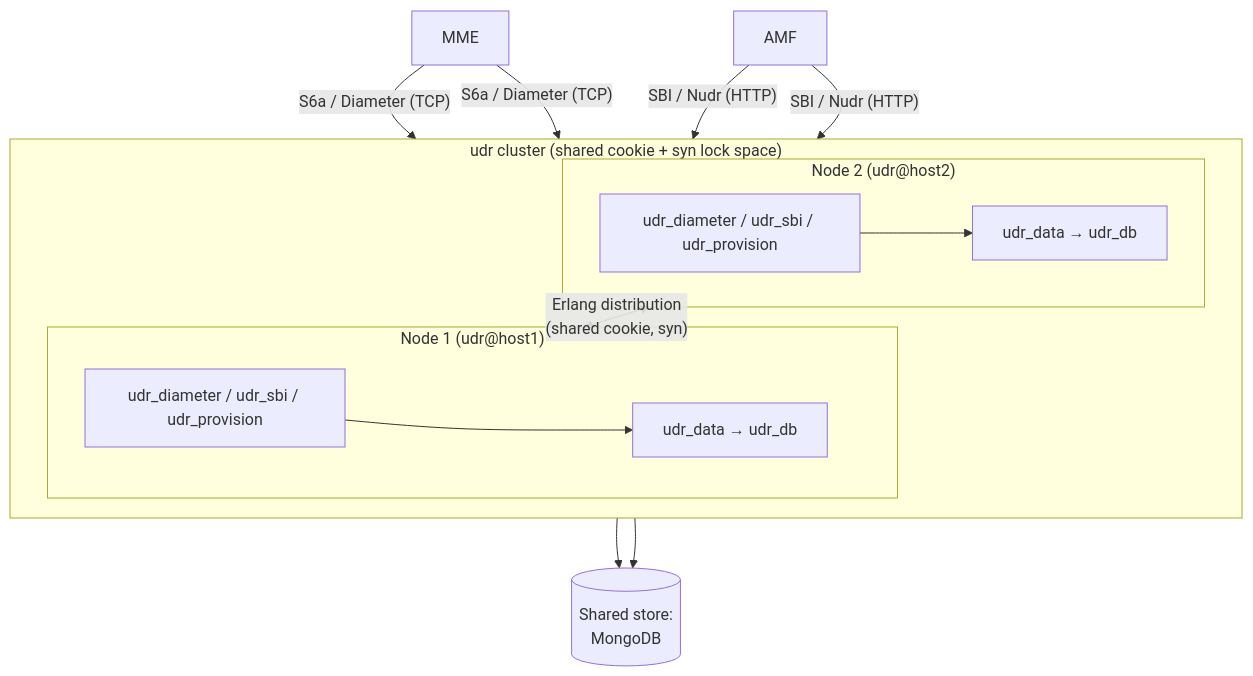
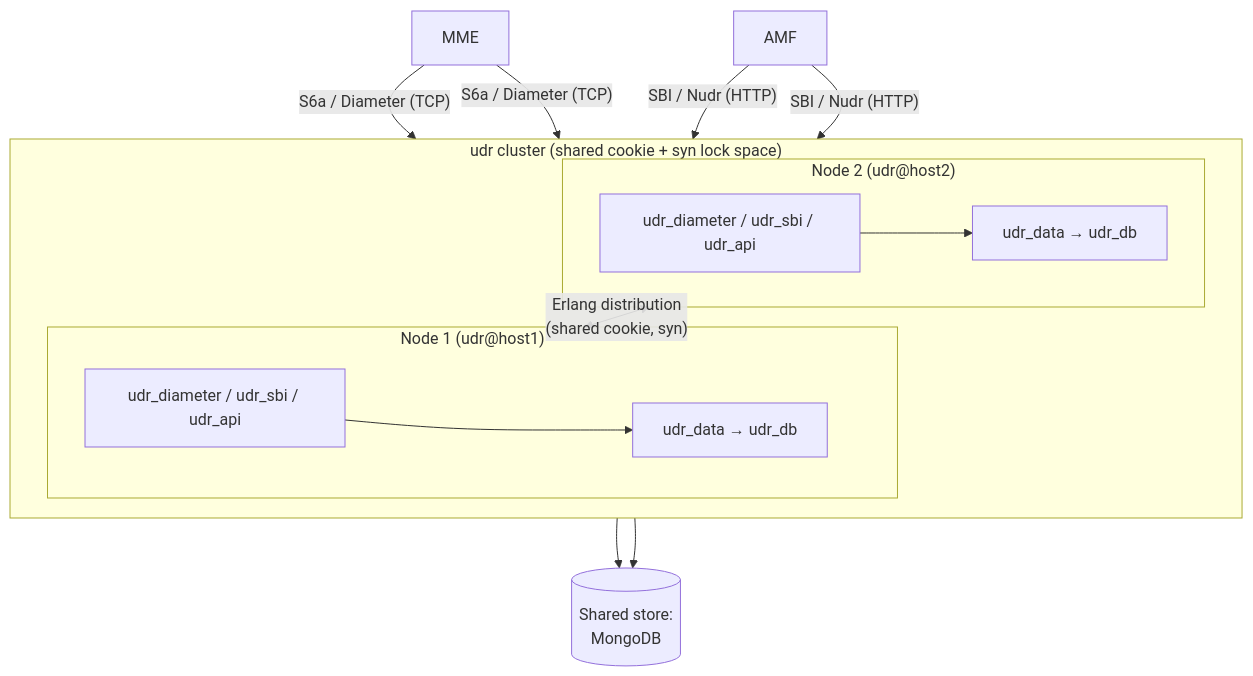
Before and after one commit to next-nf/udr: the second of 6 diagrams in docs/manual/diagrams/README.md, drawn with Mermaid. The commit also changed other lines of this file and 26 other files, not shown here.

First line of the commit message:
refactor(api): rename udr_provision app to udr_api

````diff
--- a/docs/manual/diagrams/README.md
+++ b/docs/manual/diagrams/README.md
@@ -76,27 +76,27 @@
 ```mermaid
 flowchart TB
     MME[MME]
     AMF[AMF]
     subgraph CLUSTER["udr cluster (shared cookie + syn lock space)"]
         direction LR
         subgraph N1["Node 1 (udr@host1)"]
-            L1["udr_diameter / udr_sbi / udr_provision"]
+            L1["udr_diameter / udr_sbi / udr_api"]
             D1["udr_data → udr_db"]
             L1 --> D1
         end
         subgraph N2["Node 2 (udr@host2)"]
-            L2["udr_diameter / udr_sbi / udr_provision"]
+            L2["udr_diameter / udr_sbi / udr_api"]
             D2["udr_data → udr_db"]
             L2 --> D2
         end
         N1 <-- "Erlang distribution<br/>(shared cookie, syn)" --> N2
     end
     STORE[("Shared store:<br/>MongoDB")]
 
     MME -- "S6a / Diameter (TCP)" --> L1
     MME -- "S6a / Diameter (TCP)" --> L2
     AMF -- "SBI / Nudr (HTTP)" --> L1
     AMF -- "SBI / Nudr (HTTP)" --> L2
     D1 --> STORE
     D2 --> STORE
 ```
````
